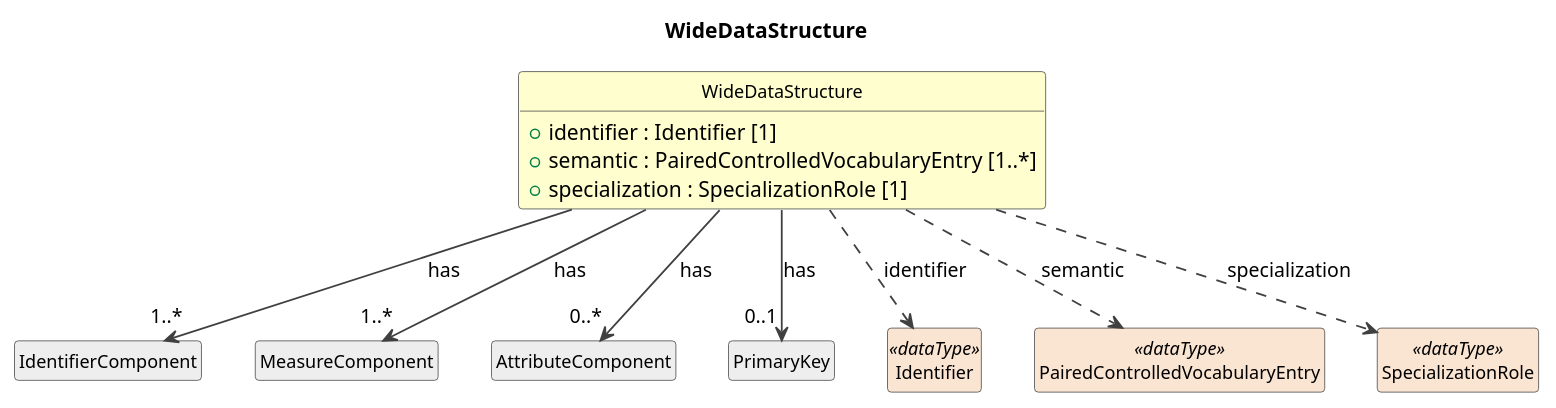
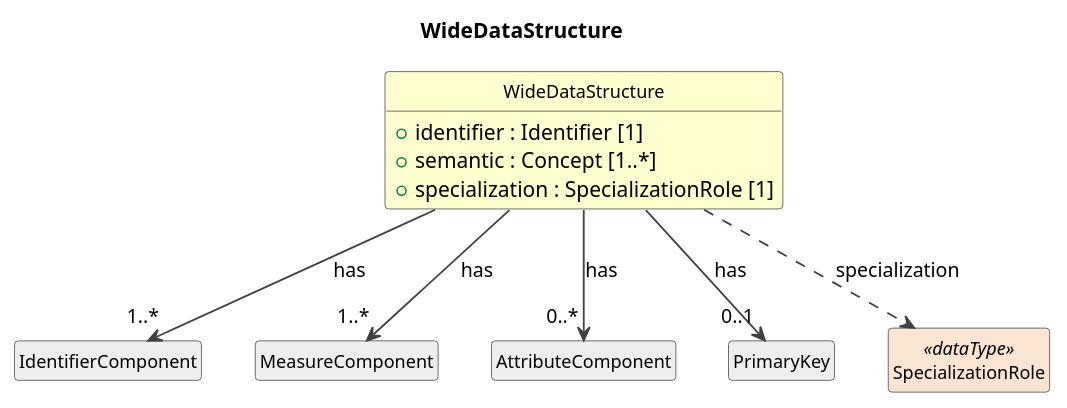
One commit to Cross-Domain-Interoperability-Framework/metadataBuildingBlocks changed the diagram in build/plantuml/cdifDataStructure/Classes/WideDataStructure.pu. Above: the diagram before and after it, drawn with PlantUML. The commit also changed 237 other files, not shown here.

```diff
--- a/build/plantuml/cdifDataStructure/Classes/WideDataStructure.pu
+++ b/build/plantuml/cdifDataStructure/Classes/WideDataStructure.pu
@@ -1,33 +1,29 @@
 @startuml
 title WideDataStructure
 hide circle
 hide empty members
 skinparam shadowing false
 skinparam ArrowThickness 1.2
 skinparam class {
   ArrowColor #404040
   BorderColor #404040
   FontSize 12
 }
 
 class "WideDataStructure" as WideDataStructure #FEFECE {
   +identifier : Identifier [1]
-  +semantic : PairedControlledVocabularyEntry [1..*]
+  +semantic : Concept [1..*]
   +specialization : SpecializationRole [1]
 }
 class "IdentifierComponent" as IdentifierComponent #EEEEEE
 WideDataStructure --> "1..*" IdentifierComponent : has
 class "MeasureComponent" as MeasureComponent #EEEEEE
 WideDataStructure --> "1..*" MeasureComponent : has
 class "AttributeComponent" as AttributeComponent #EEEEEE
 WideDataStructure --> "0..*" AttributeComponent : has
 class "PrimaryKey" as PrimaryKey #EEEEEE
 WideDataStructure --> "0..1" PrimaryKey : has
-class "Identifier" as Identifier <<dataType>> #FAE5D3
-WideDataStructure ..> Identifier : identifier
-class "PairedControlledVocabularyEntry" as PairedControlledVocabularyEntry <<dataType>> #FAE5D3
-WideDataStructure ..> PairedControlledVocabularyEntry : semantic
 class "SpecializationRole" as SpecializationRole <<dataType>> #FAE5D3
 WideDataStructure ..> SpecializationRole : specialization
 
 @enduml
```
